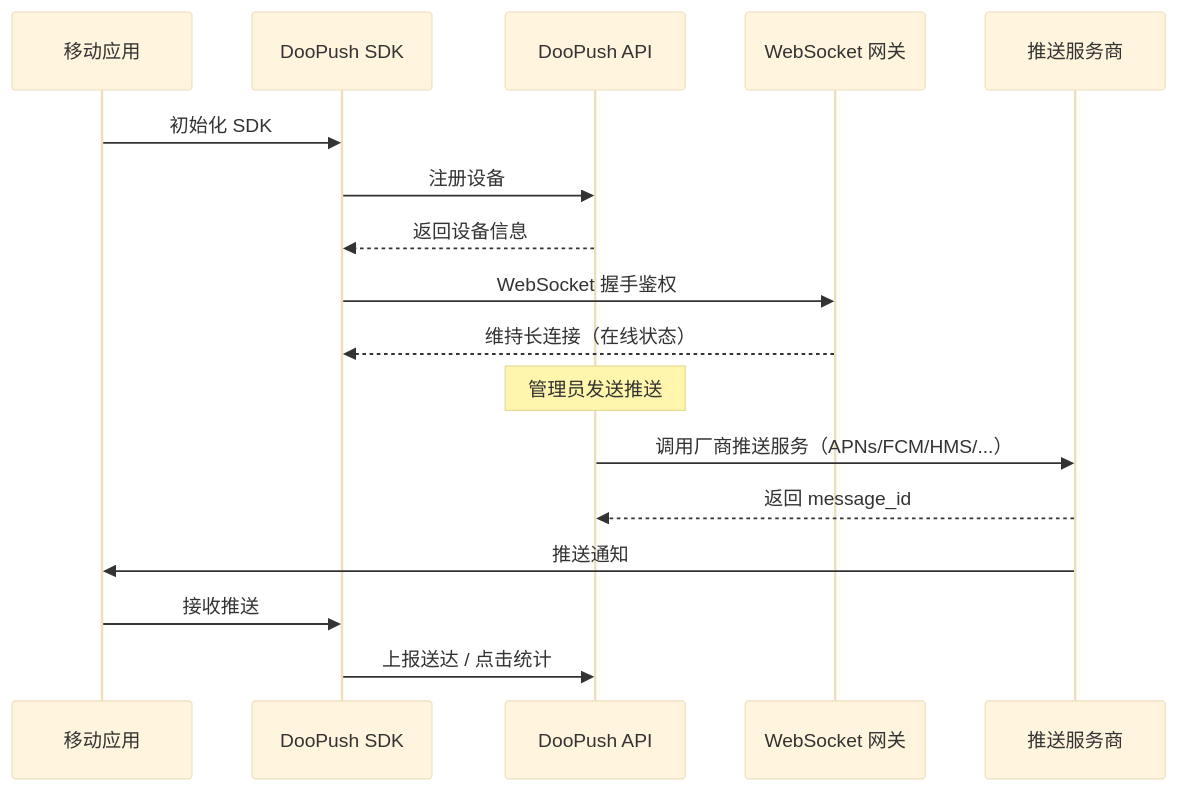
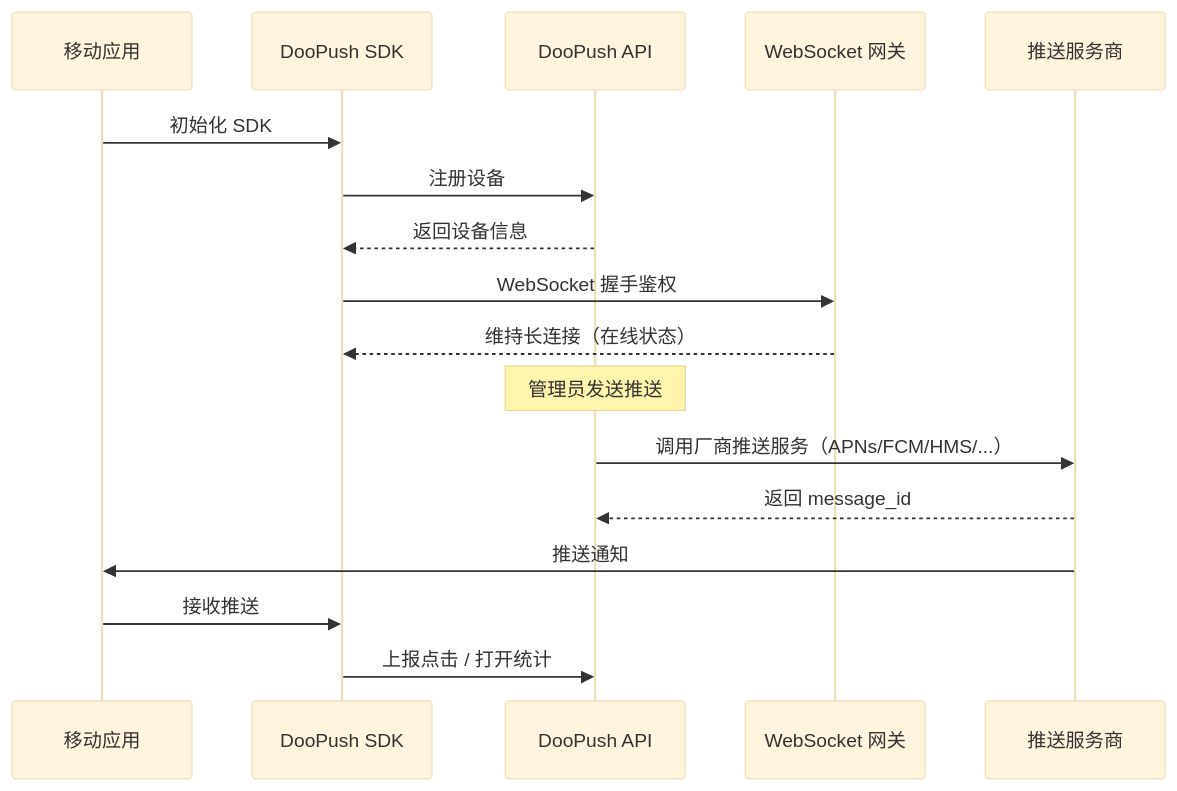
Before and after one commit to doopush/doopush: the second of 5 diagrams in docs/public/examples/diagrams/architecture-overview.md, drawn with Mermaid (base theme). The commit also changed 15 other files, not shown here.

````diff
--- a/docs/public/examples/diagrams/architecture-overview.md
+++ b/docs/public/examples/diagrams/architecture-overview.md
@@ -60,22 +60,22 @@
 ```mermaid
 sequenceDiagram
     participant App as 移动应用
     participant SDK as DooPush SDK
     participant API as DooPush API
     participant Gateway as WebSocket 网关
     participant Provider as 推送服务商
 
     App->>SDK: 初始化 SDK
     SDK->>API: 注册设备
     API-->>SDK: 返回设备信息
     SDK->>Gateway: WebSocket 握手鉴权
     Gateway-->>SDK: 维持长连接（在线状态）
 
     Note over API: 管理员发送推送
     API->>Provider: 调用厂商推送服务（APNs/FCM/HMS/...）
     Provider-->>API: 返回 message_id
 
     Provider->>App: 推送通知
     App->>SDK: 接收推送
-    SDK->>API: 上报送达 / 点击统计
+    SDK->>API: 上报点击 / 打开统计
 ```
````
